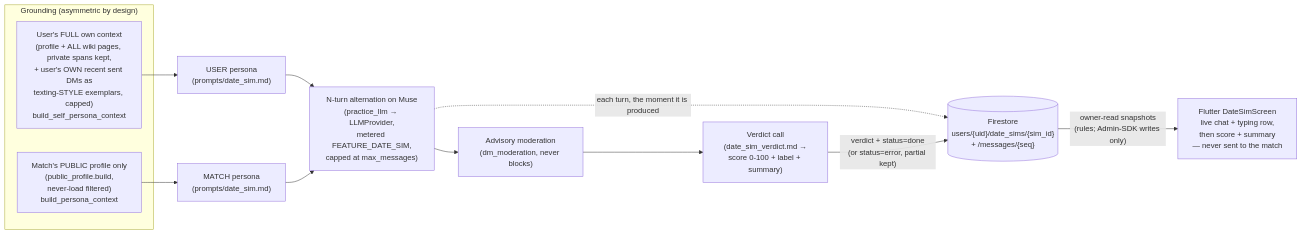
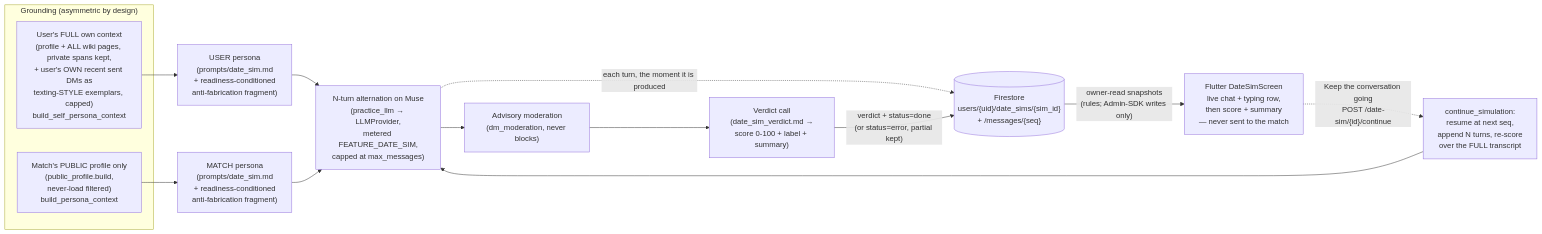
Diagram 11 of 13 in docs/ARCHITECTURE.md (suhailps93/ayma-v2), drawn with Mermaid before and after one commit. The commit also changed other lines of this file and 11 other files, not shown here.

First line of the commit message:
feat(date-sim): continue the conversation + readiness-conditioned anti-hallucination grounding

````diff
--- a/docs/ARCHITECTURE.md
+++ b/docs/ARCHITECTURE.md
@@ -2025,15 +2028,17 @@
 ```mermaid
 flowchart LR
   subgraph grounding["Grounding (asymmetric by design)"]
     U["User's FULL own context<br/>(profile + ALL wiki pages, private spans kept,<br/>+ user's OWN recent sent DMs as<br/>texting-STYLE exemplars, capped)<br/>build_self_persona_context"]
     M["Match's PUBLIC profile only<br/>(public_profile.build,<br/>never-load filtered)<br/>build_persona_context"]
   end
-  U --> P1["USER persona<br/>(prompts/date_sim.md)"]
-  M --> P2["MATCH persona<br/>(prompts/date_sim.md)"]
+  U --> P1["USER persona<br/>(prompts/date_sim.md<br/>+ readiness-conditioned<br/>anti-fabrication fragment)"]
+  M --> P2["MATCH persona<br/>(prompts/date_sim.md<br/>+ readiness-conditioned<br/>anti-fabrication fragment)"]
   P1 & P2 --> LOOP["N-turn alternation on Muse<br/>(practice_llm → LLMProvider,<br/>metered FEATURE_DATE_SIM,<br/>capped at max_messages)"]
   LOOP --> MOD["Advisory moderation<br/>(dm_moderation, never blocks)"]
   MOD --> V["Verdict call<br/>(date_sim_verdict.md →<br/>score 0-100 + label + summary)"]
   LOOP -. "each turn, the moment it is produced" .-> FS[("Firestore<br/>users/{uid}/date_sims/{sim_id}<br/>+ /messages/{seq}")]
   V -- "verdict + status=done<br/>(or status=error, partial kept)" --> FS
   FS -- "owner-read snapshots<br/>(rules; Admin-SDK writes only)" --> UI["Flutter DateSimScreen<br/>live chat + typing row,<br/>then score + summary<br/>— never sent to the match"]
+  UI -. "Keep the conversation going<br/>POST /date-sim/{id}/continue" .-> CONT["continue_simulation:<br/>resume at next seq,<br/>append N turns, re-score<br/>over the FULL transcript"]
+  CONT --> LOOP
 ```
````
